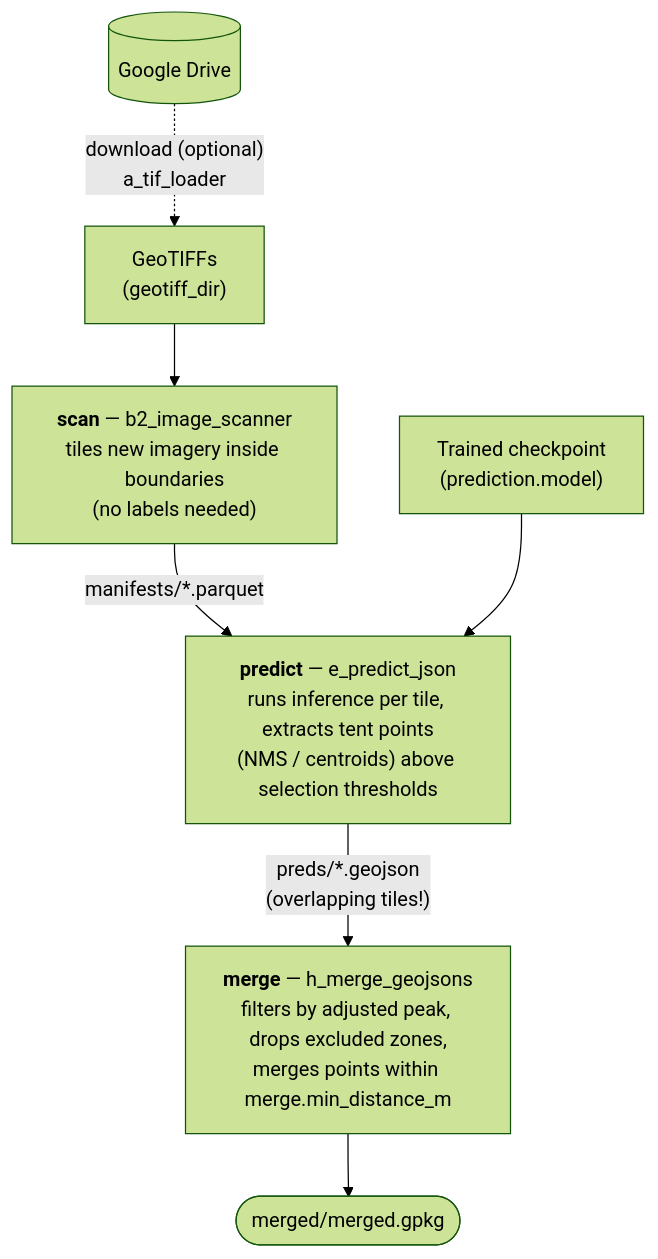
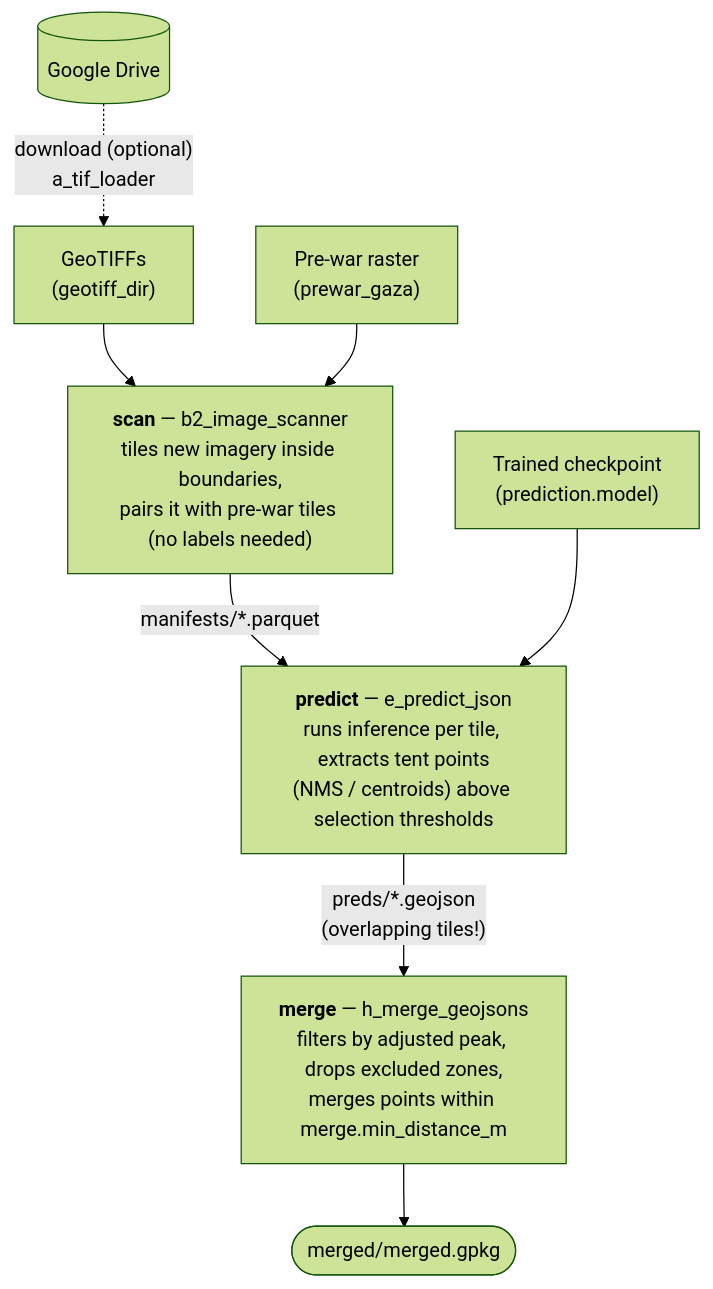
The second of 2 diagrams in README.md (realgoodresearch/TentNetFA), drawn with Mermaid (forest theme) before and after one commit. The commit also changed 1 other file, not shown here.

Commit message:
docs: prediction scan stage also consumes the pre-war raster
b2_image_scanner pairs each tile with the matching pre-war crop just
like the training scanner, so show prewar_gaza as a scan input in the
prediction diagram too.

````diff
--- a/README.md
+++ b/README.md
@@ -110,17 +110,19 @@
 ```mermaid
 flowchart TB
     drive[("Google Drive")]
     tifs["GeoTIFFs<br/>(geotiff_dir)"]
+    prewar["Pre-war raster<br/>(prewar_gaza)"]
     ckpt["Trained checkpoint<br/>(prediction.model)"]
-    scan["<b>scan</b> — b2_image_scanner<br/>tiles new imagery inside boundaries<br/>(no labels needed)"]
+    scan["<b>scan</b> — b2_image_scanner<br/>tiles new imagery inside boundaries,<br/>pairs it with pre-war tiles (no labels needed)"]
     predict["<b>predict</b> — e_predict_json<br/>runs inference per tile, extracts tent points<br/>(NMS / centroids) above selection thresholds"]
     merge["<b>merge</b> — h_merge_geojsons<br/>filters by adjusted peak, drops excluded zones,<br/>merges points within merge.min_distance_m"]
     out(["merged/merged.gpkg"])
 
     drive -. "download (optional)<br/>a_tif_loader" .-> tifs
     tifs --> scan
+    prewar --> scan
     scan -- "manifests/*.parquet" --> predict
     ckpt --> predict
     predict -- "preds/*.geojson<br/>(overlapping tiles!)" --> merge
     merge --> out
 ```
````
